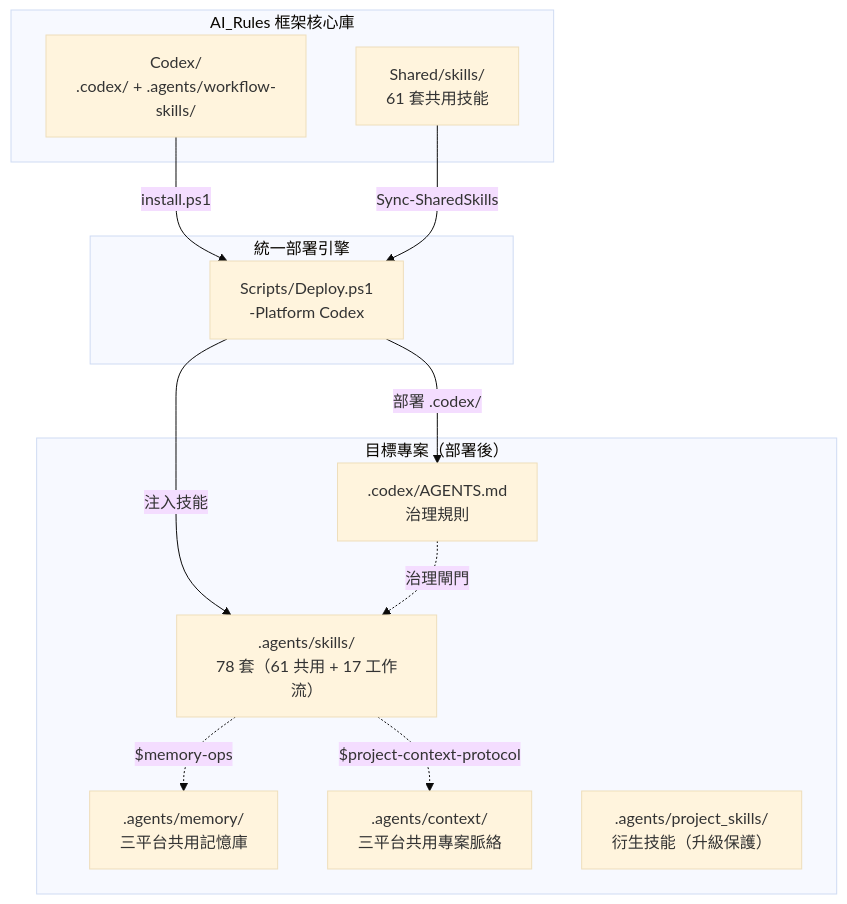
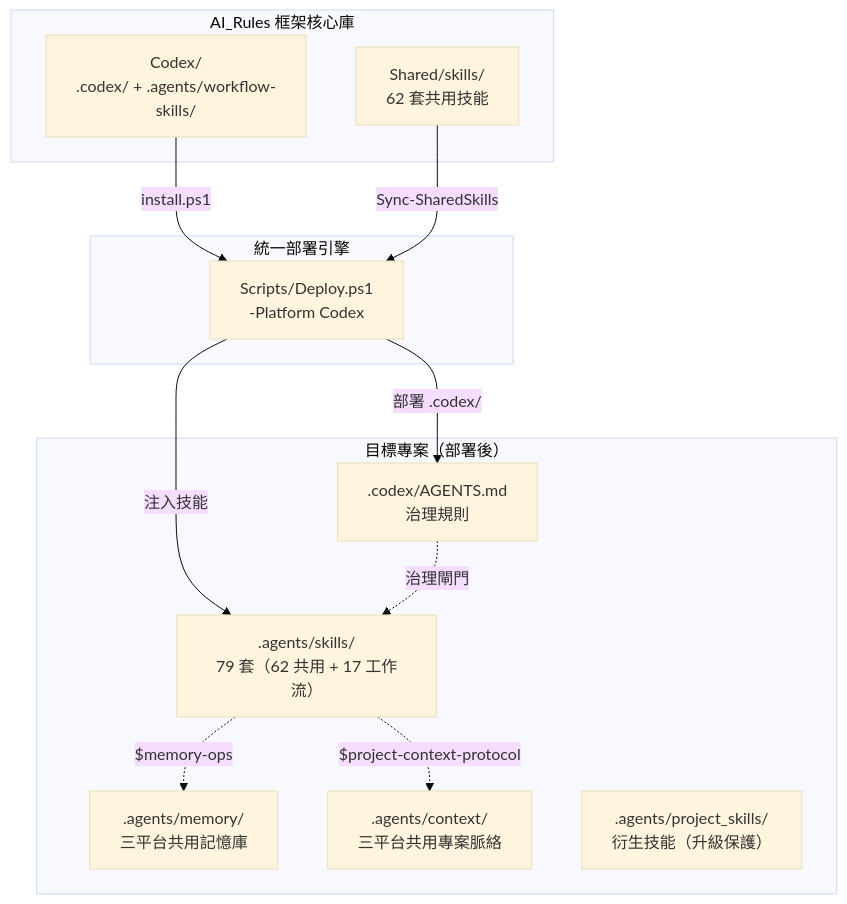
Before and after one commit to Kunshao1117/AI_Rules: the first of 2 diagrams in Codex/README.md, drawn with Mermaid (base theme). The commit also changed other lines of this file and 173 other files, not shown here.

````diff
--- a/Codex/README.md
+++ b/Codex/README.md
@@ -79,27 +79,27 @@
 ```mermaid
 graph TB
     subgraph "AI_Rules 框架核心庫"
         SRC["Codex/<br/>.codex/ + .agents/workflow-skills/"]
-        SH["Shared/skills/<br/>61 套共用技能"]
+        SH["Shared/skills/<br/>62 套共用技能"]
     end
 
     subgraph "統一部署引擎"
         DEPLOY["Scripts/Deploy.ps1<br/>-Platform Codex"]
     end
 
     subgraph "目標專案（部署後）"
         CODEX[".codex/AGENTS.md<br/>治理規則"]
-        SKILLS[".agents/skills/<br/>78 套（61 共用 + 17 工作流）"]
+        SKILLS[".agents/skills/<br/>79 套（62 共用 + 17 工作流）"]
         MEM[".agents/memory/<br/>三平台共用記憶庫"]
         CTX[".agents/context/<br/>三平台共用專案脈絡"]
         PROJ[".agents/project_skills/<br/>衍生技能（升級保護）"]
     end
 
     SRC -->|"install.ps1"| DEPLOY
     SH -->|"Sync-SharedSkills"| DEPLOY
     DEPLOY -->|"部署 .codex/"| CODEX
     DEPLOY -->|"注入技能"| SKILLS
     SKILLS -.->|"$memory-ops"| MEM
     SKILLS -.->|"$project-context-protocol"| CTX
     CODEX -.->|"治理閘門"| SKILLS
 ```
````
